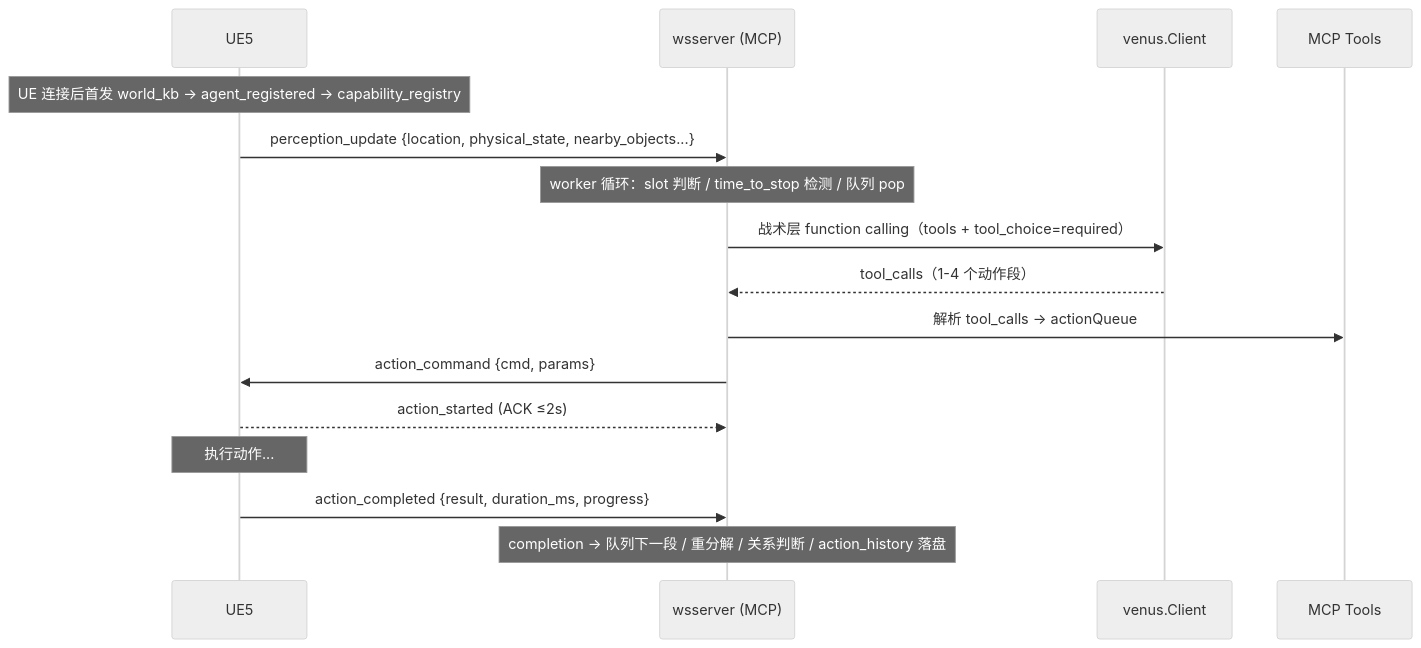
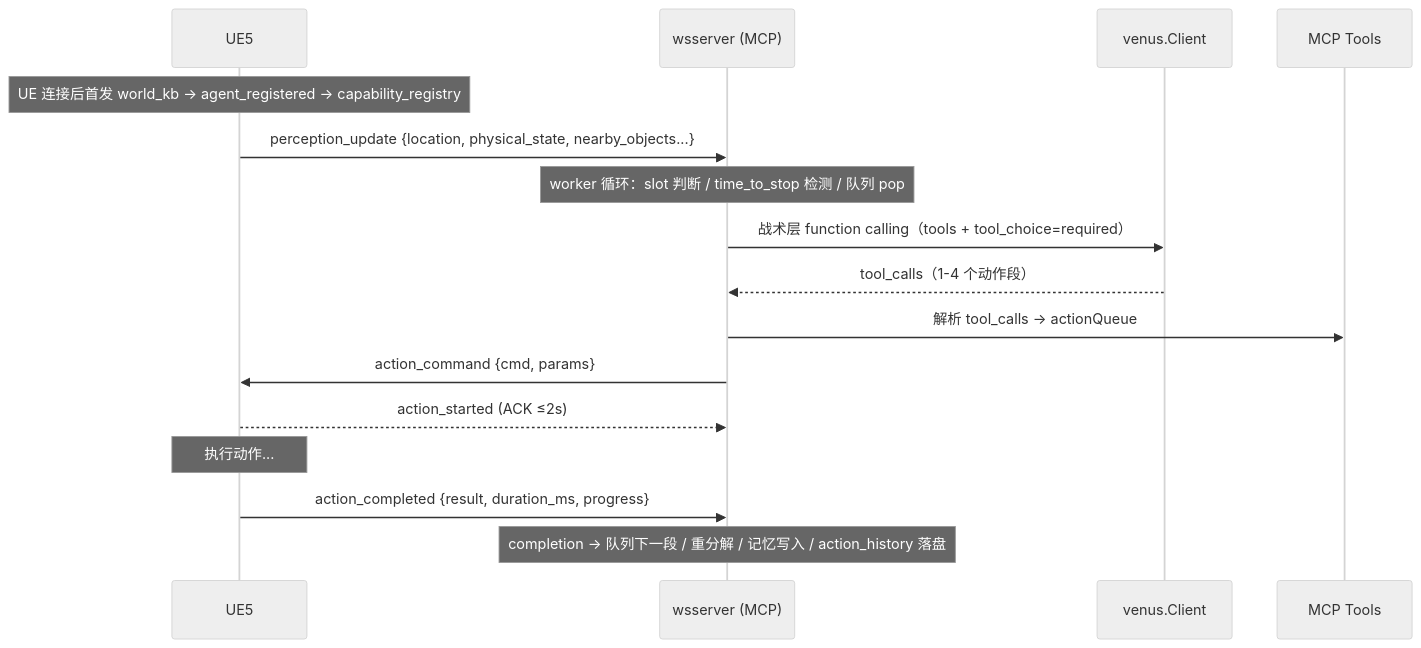
The third of 5 diagrams in CLAUDE.md (yitian-chen/SmartNPC), drawn with Mermaid (neutral theme) before and after one commit. The commit also changed other lines of this file and 1 other file, not shown here.

````diff
--- a/CLAUDE.md
+++ b/CLAUDE.md
@@ -130,19 +130,19 @@
 ```mermaid
 sequenceDiagram
     participant UE as UE5
     participant WS as wsserver (MCP)
     participant LLM as venus.Client
     participant Tools as MCP Tools
 
     Note over UE: UE 连接后首发 world_kb → agent_registered → capability_registry
     UE->>WS: perception_update {location, physical_state, nearby_objects...}
     Note over WS: worker 循环：slot 判断 / time_to_stop 检测 / 队列 pop
     WS->>LLM: 战术层 function calling（tools + tool_choice=required）
     LLM-->>WS: tool_calls（1-4 个动作段）
     WS->>Tools: 解析 tool_calls → actionQueue
     WS->>UE: action_command {cmd, params}
     UE-->>WS: action_started (ACK ≤2s)
     Note over UE: 执行动作...
     UE->>WS: action_completed {result, duration_ms, progress}
-    Note over WS: completion → 队列下一段 / 重分解 / 关系判断 / action_history 落盘
+    Note over WS: completion → 队列下一段 / 重分解 / 记忆写入 / action_history 落盘
 ```
````
